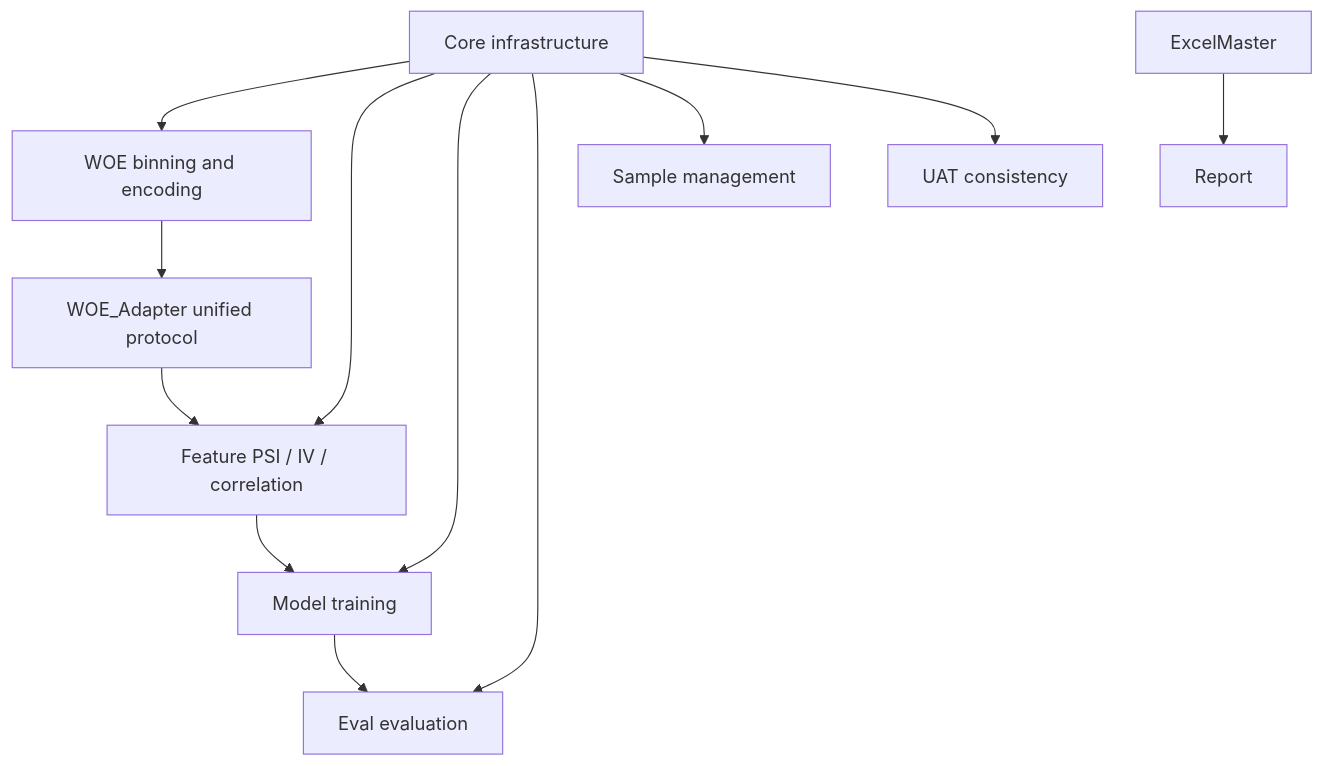
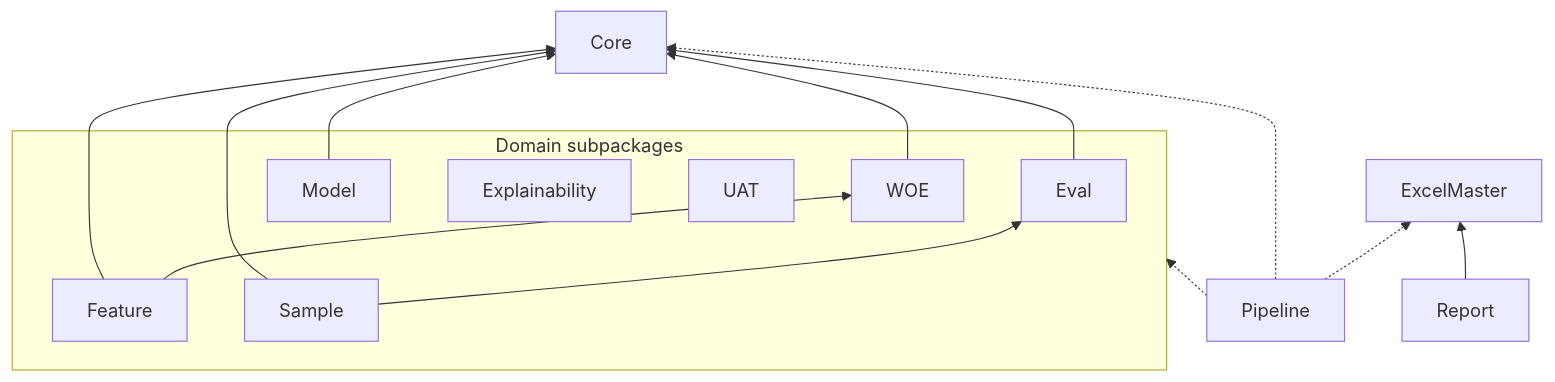
One commit to Kyle-J-Sun/SuperModelingFactory_doc changed the diagram in docs/architecture.md. Above: the diagram before and after it, drawn with Mermaid. The commit also changed other lines of this file and 30 other files, not shown here.

````diff
--- a/docs/architecture.md
+++ b/docs/architecture.md
@@ -21,25 +46,28 @@
 ```mermaid
-flowchart TD
-    Core[Core infrastructure]
-    WOE[WOE binning and encoding]
-    Adapter[WOE_Adapter unified protocol]
-    Feature[Feature PSI / IV / correlation]
-    Model[Model training]
-    Eval[Eval evaluation]
-    Sample[Sample management]
-    UAT[UAT consistency]
-    Excel[ExcelMaster]
-    Report[Report]
+flowchart BT
+    Core["Core"]
+    subgraph domain["Domain subpackages"]
+        WOE["WOE"]
+        Feature["Feature"]
+        Eval["Eval"]
+        Model["Model"]
+        Sample["Sample"]
+        Explain["Explainability"]
+        UAT["UAT"]
+    end
+    Pipeline["Pipeline"]
+    Excel["ExcelMaster"]
+    Report["Report"]
 
-    Core --> WOE
-    Core --> Feature
-    Core --> Model
-    Core --> Eval
-    Core --> Sample
-    Core --> UAT
-    WOE --> Adapter
-    Adapter --> Feature
-    Feature --> Model
-    Model --> Eval
-    Excel --> Report
+    WOE --> Core
+    Feature --> Core
+    Eval --> Core
+    Model --> Core
+    Sample --> Core
+    Feature --> WOE
+    Sample --> Eval
+    Pipeline -.-> domain
+    Pipeline -.-> Core
+    Report --> Excel
+    Pipeline -.-> Excel
 ```
````
